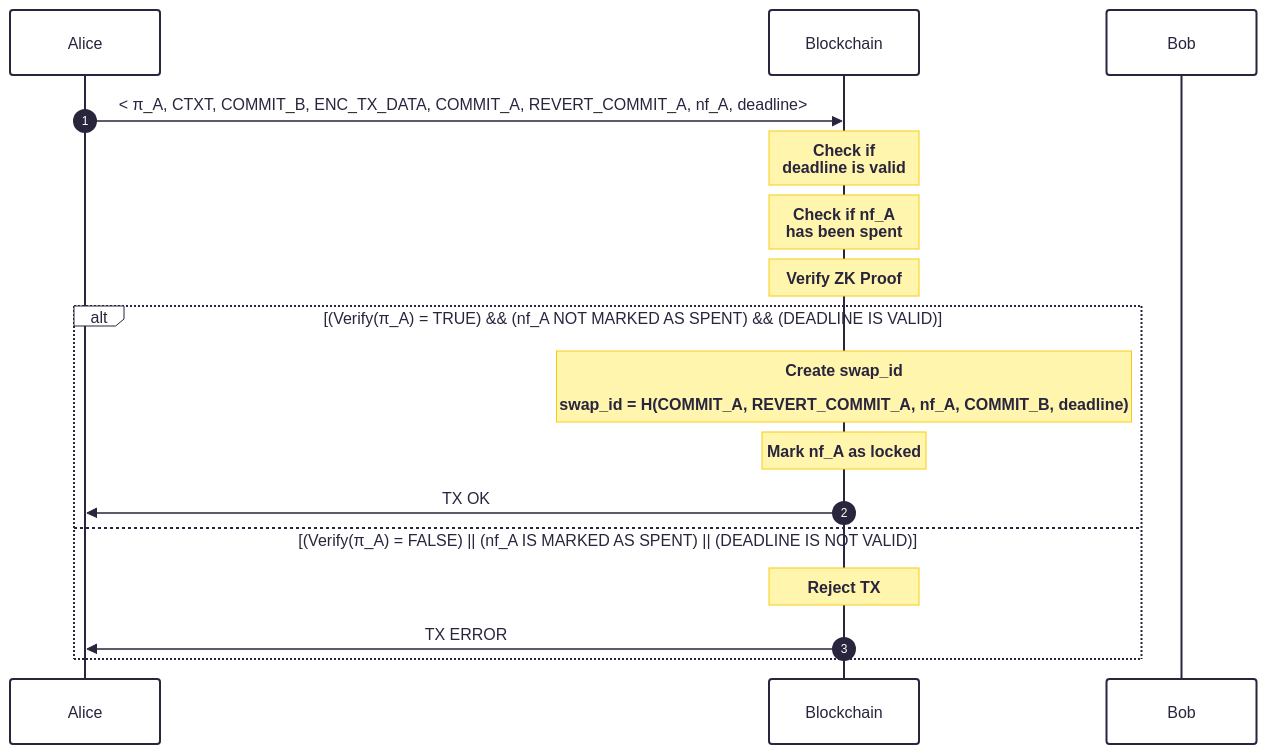
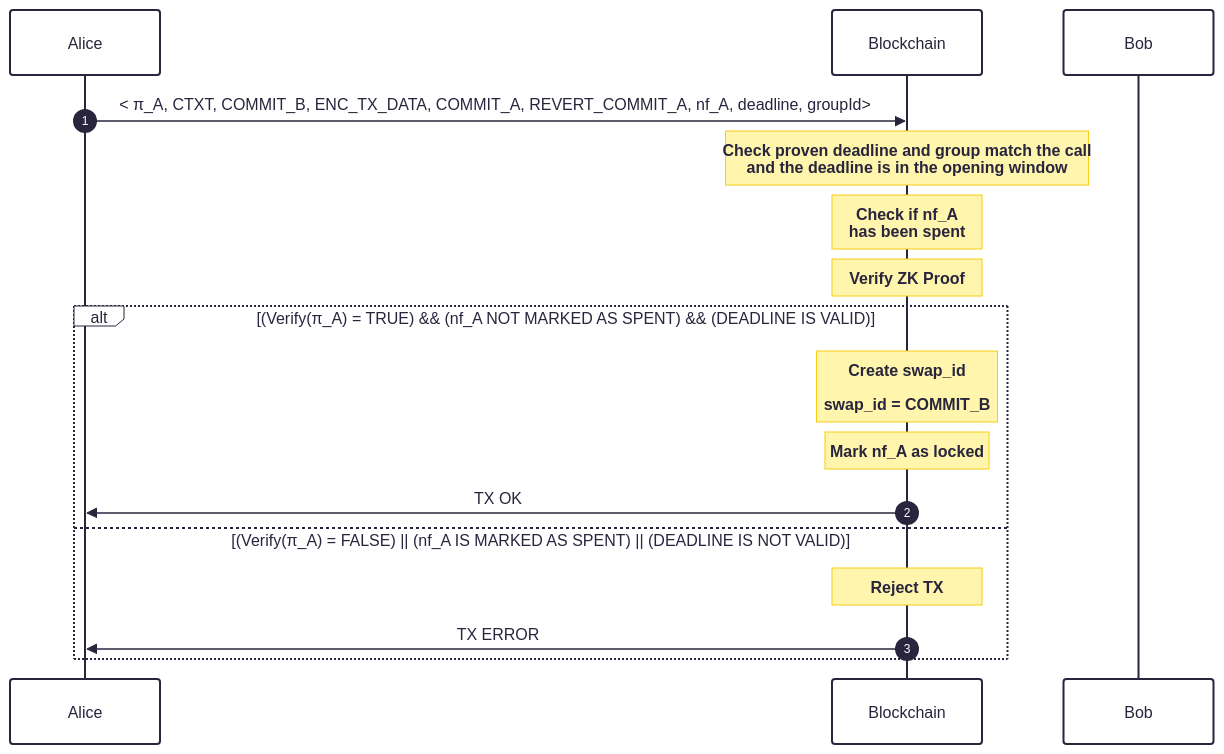
One commit to raylsnetwork/Enygma changed the fourth of 7 diagrams in enygma_dvp/protocol_description.md. Above: the diagram before and after it, drawn with Mermaid. The commit also changed other lines of this file and 45 other files, not shown here.

````diff
--- a/enygma_dvp/protocol_description.md
+++ b/enygma_dvp/protocol_description.md
@@ -136,32 +135,32 @@
 ```mermaid
 ---
 config:
   theme: redux
 ---
 sequenceDiagram
     autonumber
     participant Alice
     participant Chain as Blockchain
     participant Bob
-   Alice->>Chain: < π_A, CTXT, COMMIT_B, ENC_TX_DATA, COMMIT_A, REVERT_COMMIT_A, nf_A, deadline>
+   Alice->>Chain: < π_A, CTXT, COMMIT_B, ENC_TX_DATA, COMMIT_A, REVERT_COMMIT_A, nf_A, deadline, groupId>
 
 
-    note over Chain: Check if<br>deadline is valid
+    note over Chain: Check proven deadline and group match the call<br>and the deadline is in the opening window
 
     note over Chain: Check if nf_A<br>has been spent
     note over Chain: Verify ZK Proof
 
 
     alt (Verify(π_A) = TRUE) && (nf_A NOT MARKED AS SPENT) && (DEADLINE IS VALID)
 
-        note over Chain: Create swap_id<br><br>swap_id = H(COMMIT_A, REVERT_COMMIT_A, nf_A, COMMIT_B, deadline)
+        note over Chain: Create swap_id<br><br>swap_id = COMMIT_B
         note over Chain: Mark nf_A as locked
         Chain ->> Alice: TX OK
 
 
     else (Verify(π_A) = FALSE) || (nf_A IS MARKED AS SPENT) || (DEADLINE IS NOT VALID)
       note over Chain: Reject TX
       Chain ->> Alice: TX ERROR
 
     end
 ```
````
